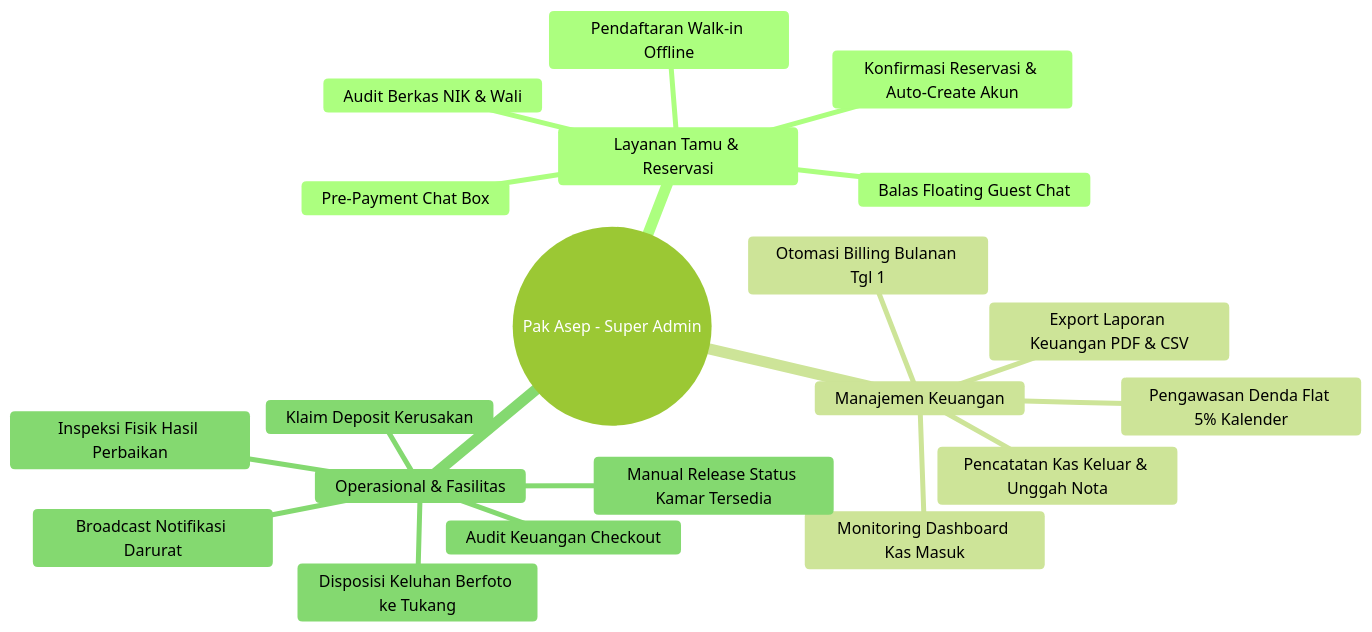
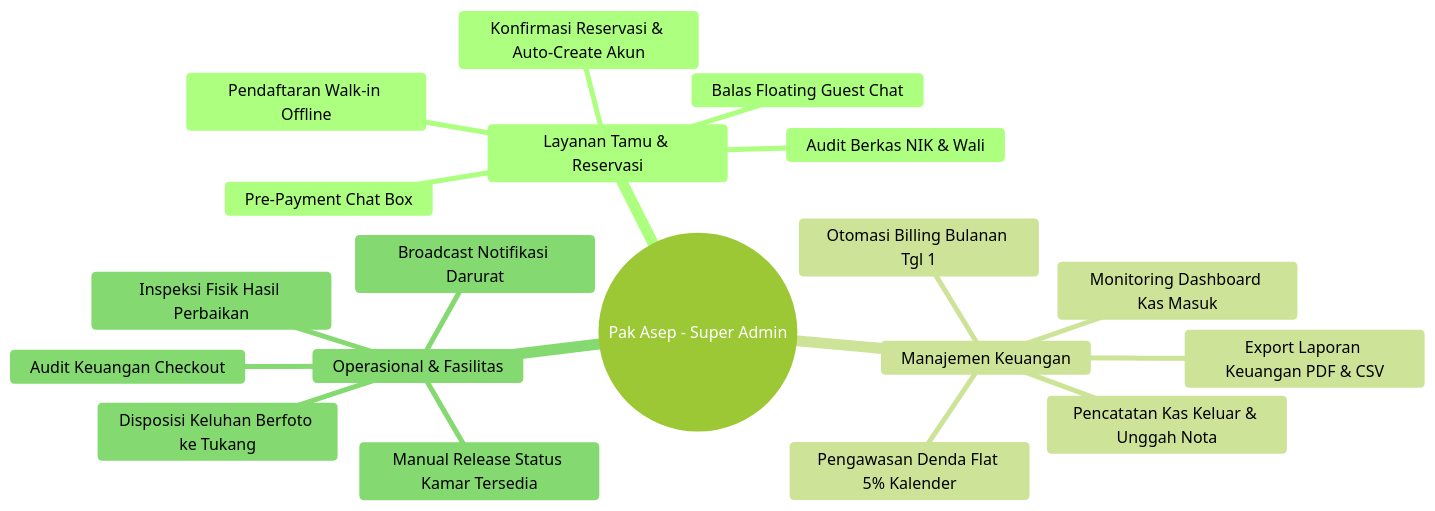
One commit to rafifarsyapradiva/asri-boarding-house changed the first of 5 diagrams in Blueprint/Skenario_Cerita_Reservasi_Admin.md. Above: the diagram before and after it, drawn with Mermaid (forest theme). The commit also changed other lines of this file and 22 other files, not shown here.

Commit message:
docs(blueprint): harmonisasi skenario penyewa & admin, panduan demo sidang skripsi data riil produksi live, dan finalisasi 9 diagram visual v247.0

````diff
--- a/Blueprint/Skenario_Cerita_Reservasi_Admin.md
+++ b/Blueprint/Skenario_Cerita_Reservasi_Admin.md
@@ -16,23 +21,22 @@
 ```mermaid
 mindmap
   root((Pak Asep - Super Admin))
     Layanan Tamu & Reservasi
       Balas Floating Guest Chat
       Pre-Payment Chat Box
       Audit Berkas NIK & Wali
       Konfirmasi Reservasi & Auto-Create Akun
       Pendaftaran Walk-in Offline
     Manajemen Keuangan
       Monitoring Dashboard Kas Masuk
       Otomasi Billing Bulanan Tgl 1
       Pengawasan Denda Flat 5% Kalender
       Pencatatan Kas Keluar & Unggah Nota
       Export Laporan Keuangan PDF & CSV
     Operasional & Fasilitas
       Disposisi Keluhan Berfoto ke Tukang
       Inspeksi Fisik Hasil Perbaikan
       Broadcast Notifikasi Darurat
       Audit Keuangan Checkout
-      Klaim Deposit Kerusakan
       Manual Release Status Kamar Tersedia
 ```
````
